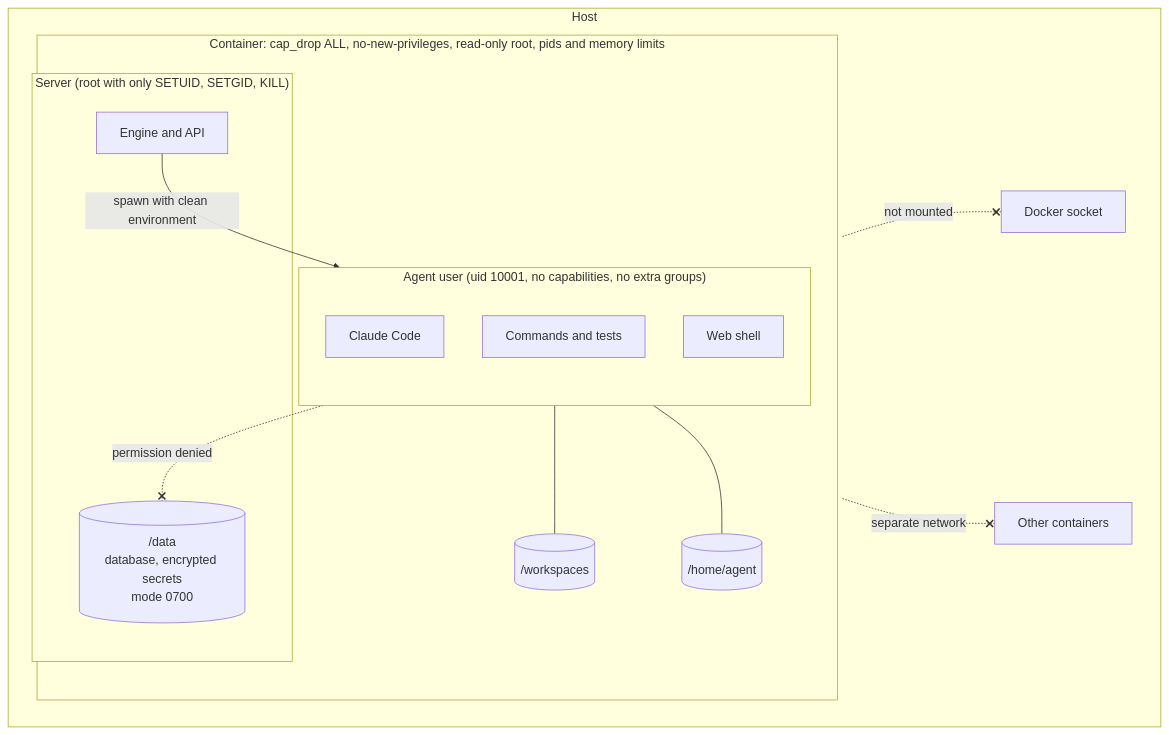
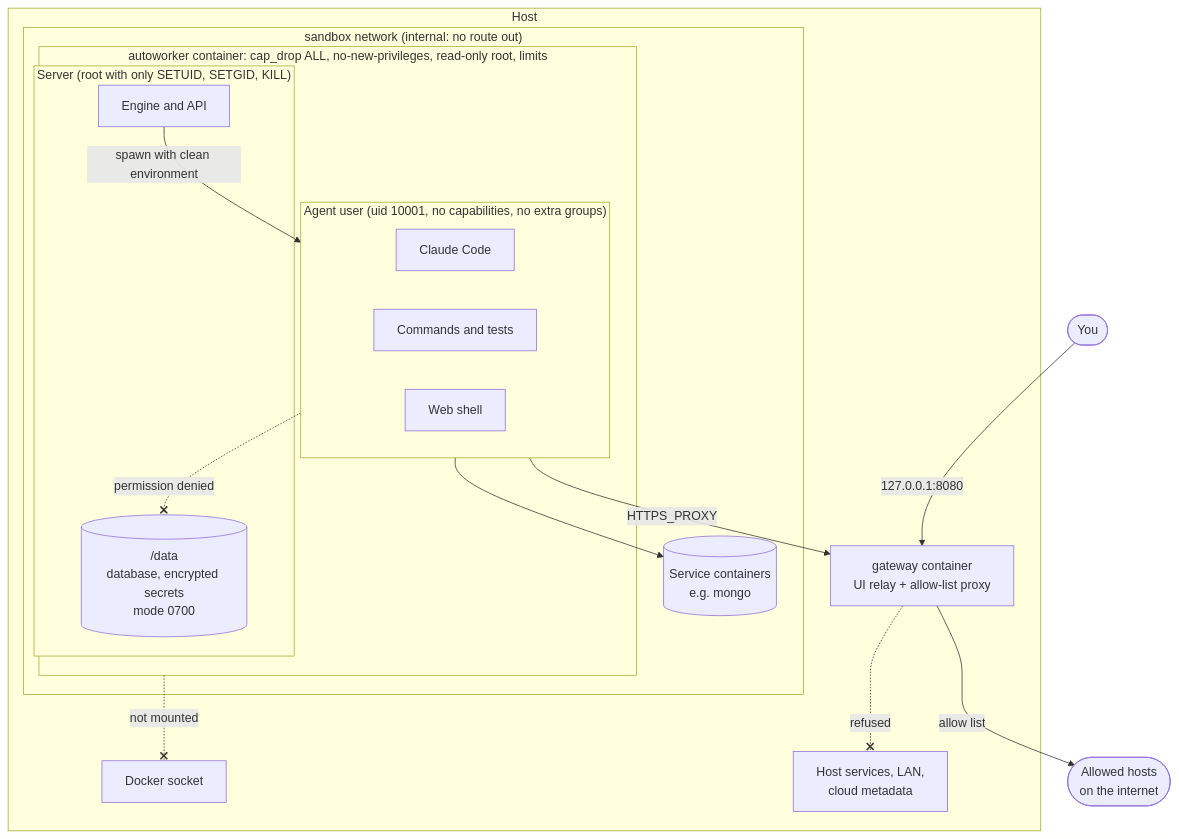
One commit to murilopereirame/automatic-system changed the first of 2 diagrams in docs/SECURITY.md. Above: the diagram before and after it, drawn with Mermaid. The commit also changed other lines of this file and 32 other files, not shown here.

First line of the commit message:
Add skills, services, network allow list with gateway, and richer ClickUp fetch

````diff
--- a/docs/SECURITY.md
+++ b/docs/SECURITY.md
@@ -18,27 +19,32 @@
 ```mermaid
 flowchart TB
+    U([You]) -->|"127.0.0.1:8080"| GW
     subgraph Host
-        subgraph C["Container: cap_drop ALL, no-new-privileges, read-only root, pids and memory limits"]
-            subgraph S["Server (root with only SETUID, SETGID, KILL)"]
-                DB[("/data<br/>database, encrypted secrets<br/>mode 0700")]
-                ENG[Engine and API]
+        subgraph N["sandbox network (internal: no route out)"]
+            subgraph C["autoworker container: cap_drop ALL, no-new-privileges, read-only root, limits"]
+                subgraph S["Server (root with only SETUID, SETGID, KILL)"]
+                    DB[("/data<br/>database, encrypted secrets<br/>mode 0700")]
+                    ENG[Engine and API]
+                end
+                subgraph A["Agent user (uid 10001, no capabilities, no extra groups)"]
+                    CL[Claude Code]
+                    CMD[Commands and tests]
+                    SH[Web shell]
+                end
             end
-            subgraph A["Agent user (uid 10001, no capabilities, no extra groups)"]
-                CL[Claude Code]
-                CMD[Commands and tests]
-                SH[Web shell]
-            end
-            WS[("/workspaces")]
-            HM[("/home/agent")]
+            SVC[("Service containers<br/>e.g. mongo")]
         end
+        GW["gateway container<br/>UI relay + allow-list proxy"]
         DS[Docker socket]
-        OC[Other containers]
+        LAN[Host services, LAN,<br/>cloud metadata]
     end
+    NET([Allowed hosts<br/>on the internet])
 
     ENG -->|"spawn with clean environment"| A
-    A --- WS
-    A --- HM
     A -.-x|"permission denied"| DB
+    A --> SVC
+    A -->|"HTTPS_PROXY"| GW
+    GW -->|"allow list"| NET
+    GW -.-x|"refused"| LAN
     C -.-x|"not mounted"| DS
-    C -.-x|"separate network"| OC
 ```
````
